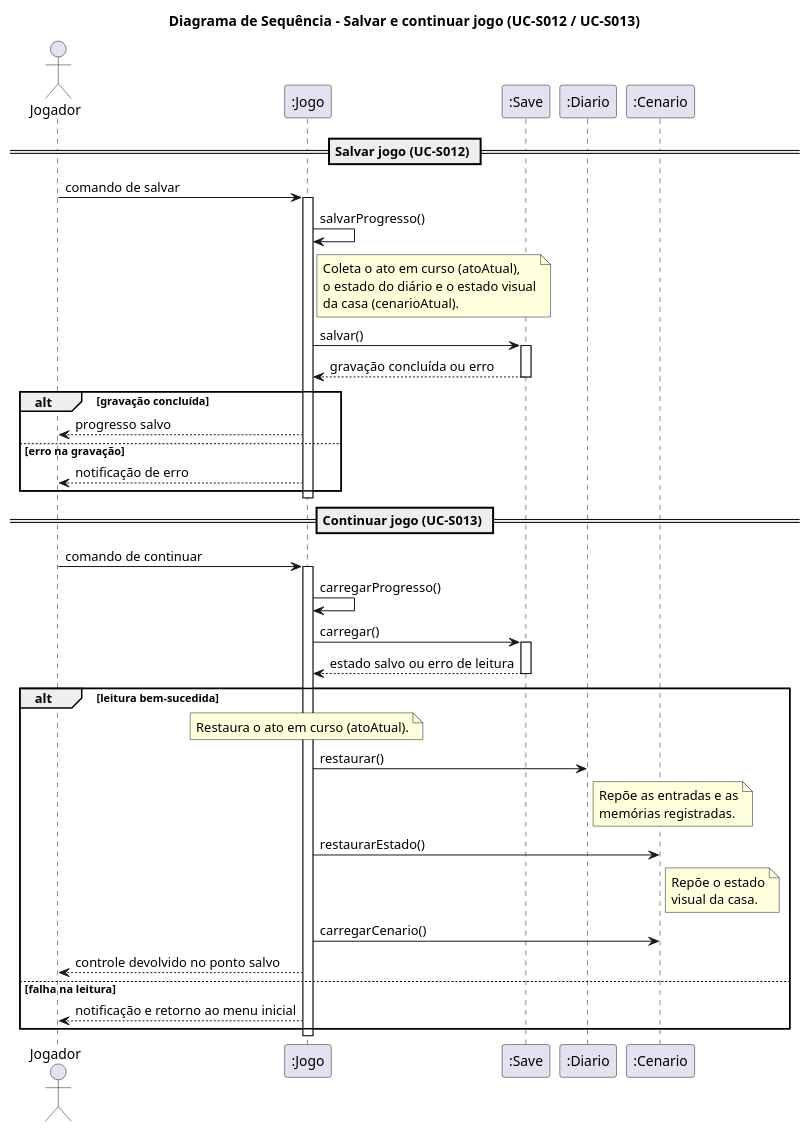
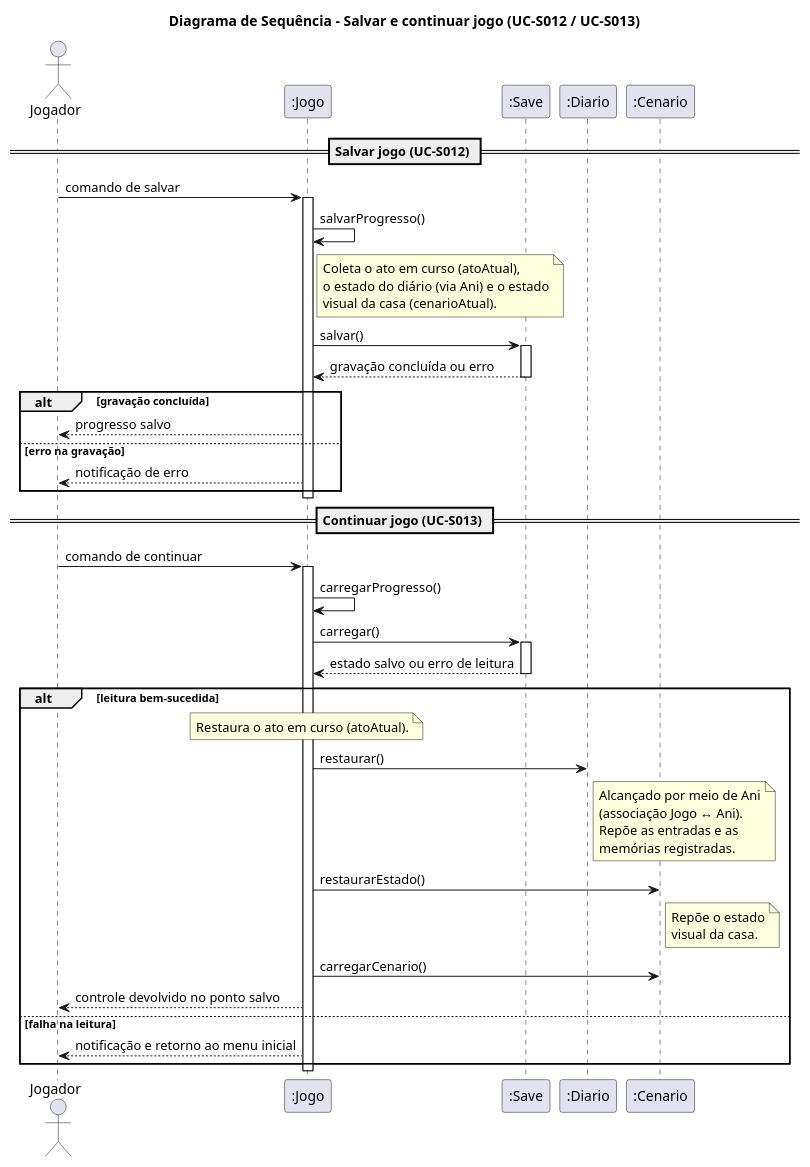
Before and after one commit to omatheusfaria/Ani: the diagram in docs/diagramas/sequencia-salvar-continuar.puml, drawn with PlantUML. The commit also changed 4 other files, not shown here.

Commit message:
Acrescenta a associação bidirecional Jogo ↔ Ani (1 : 1), com Jogo alcançando o Diario via Ani (item 61, decisão 1)

```diff
--- a/docs/diagramas/sequencia-salvar-continuar.puml
+++ b/docs/diagramas/sequencia-salvar-continuar.puml
@@ -1,50 +1,50 @@
 @startuml sequencia-salvar-continuar
 title Diagrama de Sequência – Salvar e continuar jogo (UC-S012 / UC-S013)
 
 actor Jogador
 participant ":Jogo" as Jogo
 participant ":Save" as Save
 participant ":Diario" as Diario
 participant ":Cenario" as Cen
 
 == Salvar jogo (UC-S012) ==
 Jogador -> Jogo : comando de salvar
 activate Jogo
 Jogo -> Jogo : salvarProgresso()
 note right of Jogo
   Coleta o ato em curso (atoAtual),
-  o estado do diário e o estado visual
-  da casa (cenarioAtual).
+  o estado do diário (via Ani) e o estado
+  visual da casa (cenarioAtual).
 end note
 Jogo -> Save : salvar()
 activate Save
 Save --> Jogo : gravação concluída ou erro
 deactivate Save
 alt gravação concluída
   Jogo --> Jogador : progresso salvo
 else erro na gravação
   Jogo --> Jogador : notificação de erro
 end
 deactivate Jogo
 
 == Continuar jogo (UC-S013) ==
 Jogador -> Jogo : comando de continuar
 activate Jogo
 Jogo -> Jogo : carregarProgresso()
 Jogo -> Save : carregar()
 activate Save
 Save --> Jogo : estado salvo ou erro de leitura
 deactivate Save
 alt leitura bem-sucedida
   note over Jogo : Restaura o ato em curso (atoAtual).
   Jogo -> Diario : restaurar()
-  note right of Diario : Repõe as entradas e as\nmemórias registradas.
+  note right of Diario : Alcançado por meio de Ani\n(associação Jogo ↔ Ani).\nRepõe as entradas e as\nmemórias registradas.
   Jogo -> Cen : restaurarEstado()
   note right of Cen : Repõe o estado\nvisual da casa.
   Jogo -> Cen : carregarCenario()
   Jogo --> Jogador : controle devolvido no ponto salvo
 else falha na leitura
   Jogo --> Jogador : notificação e retorno ao menu inicial
 end
 deactivate Jogo
 @enduml
```
